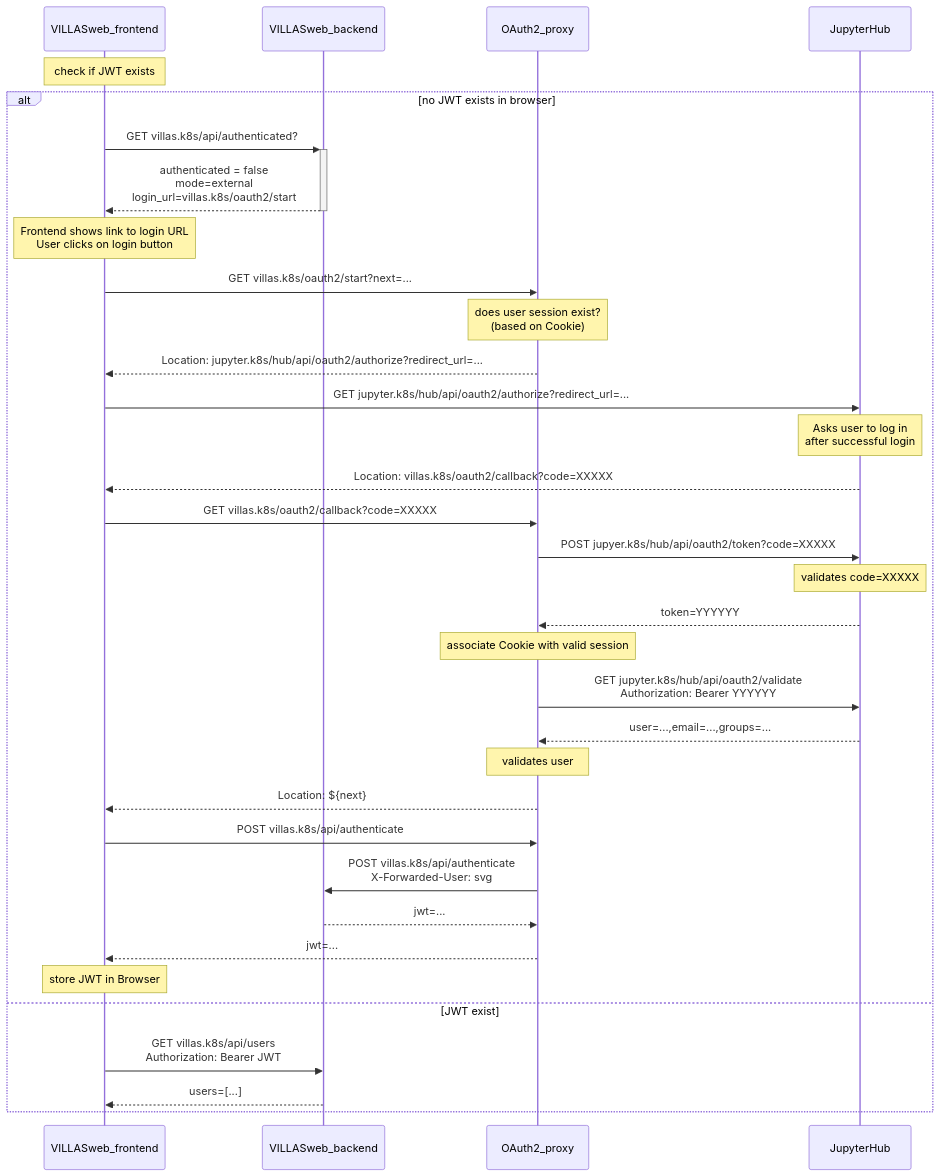
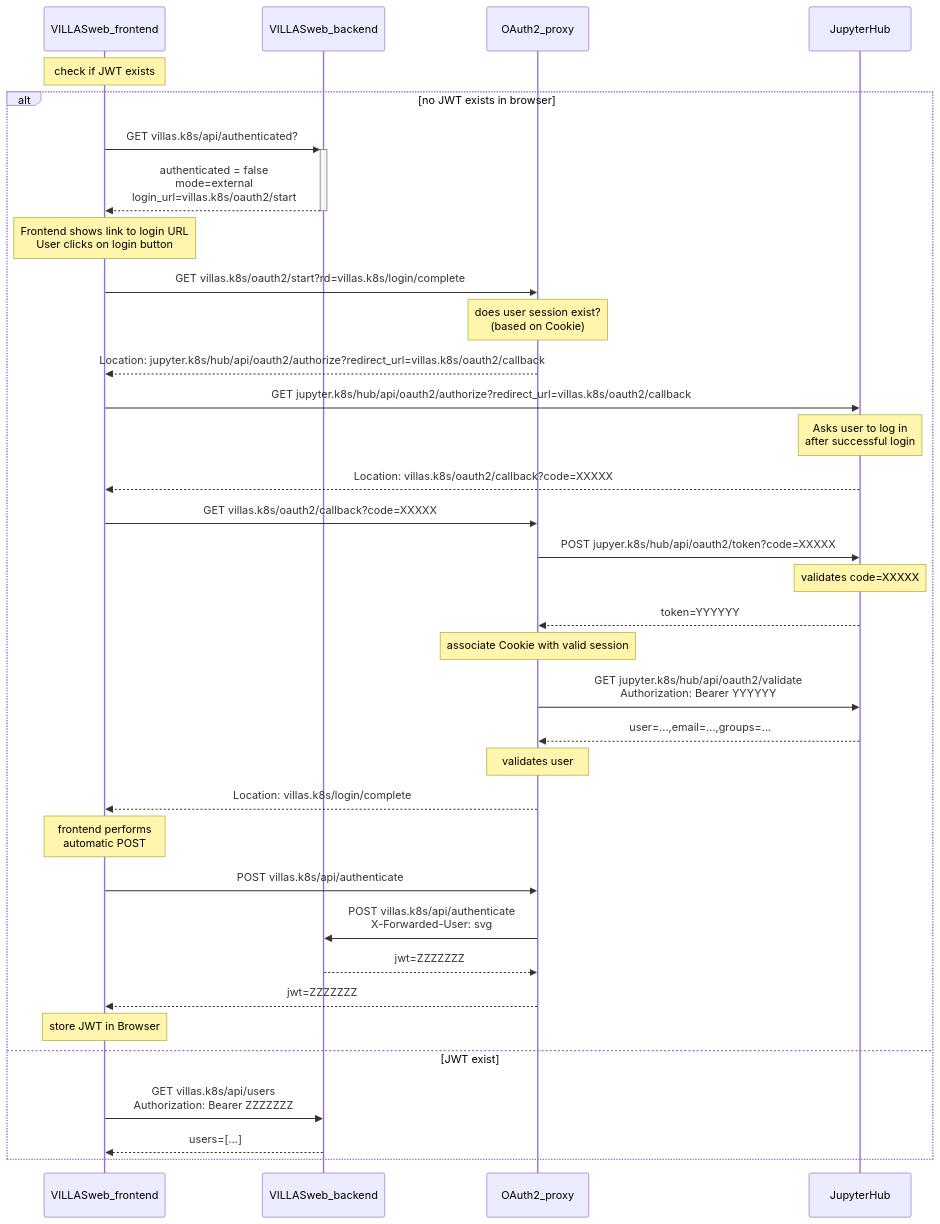
One commit to VILLASframework/documentation changed the diagram in doc/web/Authentication.md. Above: the diagram before and after it, drawn with Mermaid.

```diff
--- a/doc/web/Authentication.md
+++ b/doc/web/Authentication.md
@@ -8,34 +8,34 @@
 <div class="mermaid">
 sequenceDiagram
     note over VILLASweb_frontend: check if JWT exists
     alt no JWT exists in browser
     VILLASweb_frontend->>+VILLASweb_backend: GET villas.k8s/api/authenticated?
     VILLASweb_backend-->>-VILLASweb_frontend: authenticated = false<br />mode=external<br/>login_url=villas.k8s/oauth2/start
     note over VILLASweb_frontend: Frontend shows link to login URL<br>User clicks on login button
-    VILLASweb_frontend->>OAuth2_proxy: GET villas.k8s/oauth2/start?next=...
+    VILLASweb_frontend->>OAuth2_proxy: GET villas.k8s/oauth2/start?rd=villas.k8s/login/complete
     note over OAuth2_proxy: does user session exist?<br>(based on Cookie)
-    OAuth2_proxy-->>VILLASweb_frontend: Location: jupyter.k8s/hub/api/oauth2/authorize?redirect_url=...
-    VILLASweb_frontend->>JupyterHub: GET jupyter.k8s/hub/api/oauth2/authorize?redirect_url=...
+    OAuth2_proxy-->>VILLASweb_frontend: Location: jupyter.k8s/hub/api/oauth2/authorize?redirect_url=villas.k8s/oauth2/callback
+    VILLASweb_frontend->>JupyterHub: GET jupyter.k8s/hub/api/oauth2/authorize?redirect_url=villas.k8s/oauth2/callback
     note over JupyterHub: Asks user to log in<br/>after successful login
     JupyterHub-->>VILLASweb_frontend: Location: villas.k8s/oauth2/callback?code=XXXXX
     VILLASweb_frontend->>OAuth2_proxy: GET villas.k8s/oauth2/callback?code=XXXXX
     OAuth2_proxy->>JupyterHub: POST jupyer.k8s/hub/api/oauth2/token?code=XXXXX
     note over JupyterHub: validates code=XXXXX
     JupyterHub-->>OAuth2_proxy: token=YYYYYY
     note over OAuth2_proxy: associate Cookie with valid session
     OAuth2_proxy->>JupyterHub: GET jupyter.k8s/hub/api/oauth2/validate<br>Authorization: Bearer YYYYYY
     JupyterHub-->>OAuth2_proxy: user=...,email=...,groups=...
     note over OAuth2_proxy: validates user
-    OAuth2_proxy-->>VILLASweb_frontend: Location: ${next}
-
+    OAuth2_proxy-->>VILLASweb_frontend: Location: villas.k8s/login/complete
+    note over VILLASweb_frontend: frontend performs<br>automatic POST
     VILLASweb_frontend->>OAuth2_proxy: POST villas.k8s/api/authenticate
     OAuth2_proxy->>VILLASweb_backend: POST villas.k8s/api/authenticate<br/>X-Forwarded-User: svg
-    VILLASweb_backend-->>OAuth2_proxy: jwt=...
-    OAuth2_proxy-->>VILLASweb_frontend: jwt=...
+    VILLASweb_backend-->>OAuth2_proxy: jwt=ZZZZZZZ
+    OAuth2_proxy-->>VILLASweb_frontend: jwt=ZZZZZZZ
     note over VILLASweb_frontend: store JWT in Browser
 
     else JWT exist
-    VILLASweb_frontend->>VILLASweb_backend: GET villas.k8s/api/users<br>Authorization: Bearer JWT
+    VILLASweb_frontend->>VILLASweb_backend: GET villas.k8s/api/users<br>Authorization: Bearer ZZZZZZZ
     VILLASweb_backend-->>VILLASweb_frontend: users=[...]
     end
 </div>
```
